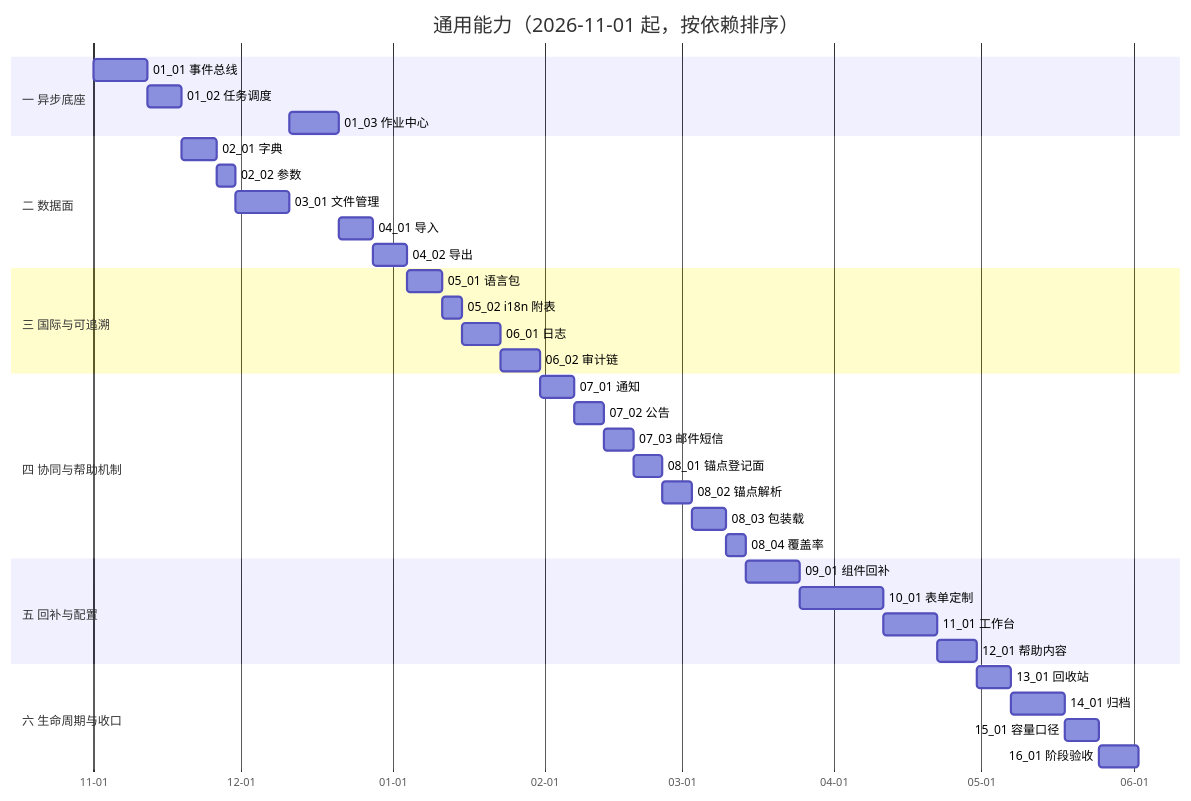
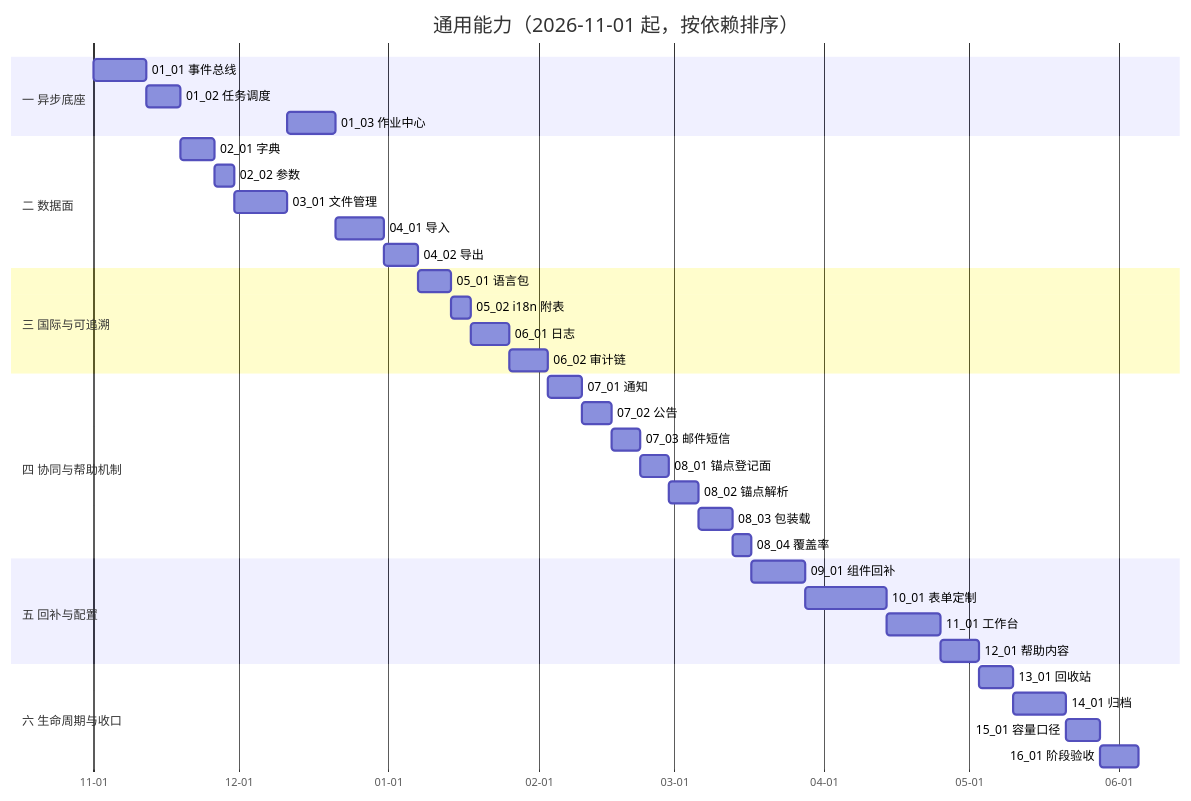
Before and after one commit to minjian123/basic-management-system: the diagram in bms文档/项目/08_通用能力/计划/01_计划_通用能力.md, drawn with Mermaid. The commit also changed other lines of this file and 12 other files, not shown here.

````diff
--- a/bms文档/项目/08_通用能力/计划/01_计划_通用能力.md
+++ b/bms文档/项目/08_通用能力/计划/01_计划_通用能力.md
@@ -56,39 +56,39 @@
 ```mermaid
 gantt
     title 通用能力（2026-11-01 起，按依赖排序）
     dateFormat YYYY-MM-DD
     axisFormat %m-%d
     section 一 异步底座
     01_01 事件总线 :t0101, 2026-11-01, 11d
     01_02 任务调度 :t0102, after t0101, 7d
     01_03 作业中心 :t0103, 2026-12-11, 10d
     section 二 数据面
     02_01 字典 :t0201, after t0102, 7d
     02_02 参数 :t0202, after t0201, 4d
     03_01 文件管理 :t0301, after t0202, 11d
-    04_01 导入 :t0401, after t0103, 7d
+    04_01 导入 :t0401, after t0103, 10d
     04_02 导出 :t0402, after t0401, 7d
     section 三 国际与可追溯
     05_01 语言包 :t0501, after t0402, 7d
     05_02 i18n 附表 :t0502, after t0501, 4d
     06_01 日志 :t0601, after t0502, 8d
     06_02 审计链 :t0602, after t0601, 8d
     section 四 协同与帮助机制
     07_01 通知 :t0701, after t0602, 7d
     07_02 公告 :t0702, after t0701, 6d
     07_03 邮件短信 :t0703, after t0702, 6d
     08_01 锚点登记面 :t0801, after t0703, 6d
     08_02 锚点解析 :t0802, after t0801, 6d
     08_03 包装载 :t0803, after t0802, 7d
     08_04 覆盖率 :t0804, after t0803, 4d
     section 五 回补与配置
     09_01 组件回补 :t0901, after t0804, 11d
     10_01 表单定制 :t1001, after t0901, 17d
     11_01 工作台 :t1101, after t1001, 11d
     12_01 帮助内容 :t1201, after t1101, 8d
     section 六 生命周期与收口
     13_01 回收站 :t1301, after t1201, 7d
     14_01 归档 :t1401, after t1301, 11d
     15_01 容量口径 :t1501, after t1401, 7d
     16_01 阶段验收 :t1601, after t1501, 8d
 ```
````
